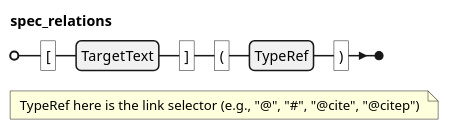
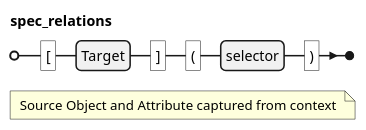
Before and after one commit to crisclacerda/SpecCompiler: the diagram in docs/engineering_docs/dictionary/spec_relation.md, drawn with PlantUML. The commit also changed other lines of this file and 44 other files, not shown here.

````diff
--- a/docs/engineering_docs/dictionary/spec_relation.md
+++ b/docs/engineering_docs/dictionary/spec_relation.md
@@ -32,9 +17,9 @@
 ```plantuml:grammar-spec-relation{caption="Spec Relation productions"}
 @startebnf
 
-spec_relations = "[", TargetText, "]", "(", TypeRef, ")";
+spec_relations = "[", Target, "]", "(", selector, ")";
 
-(* TypeRef here is the link selector (e.g., "@", "#", "@cite", "@citep") *)
+(* Source Object and Attribute captured from context *)
 
 @endebnf
 ```
````
